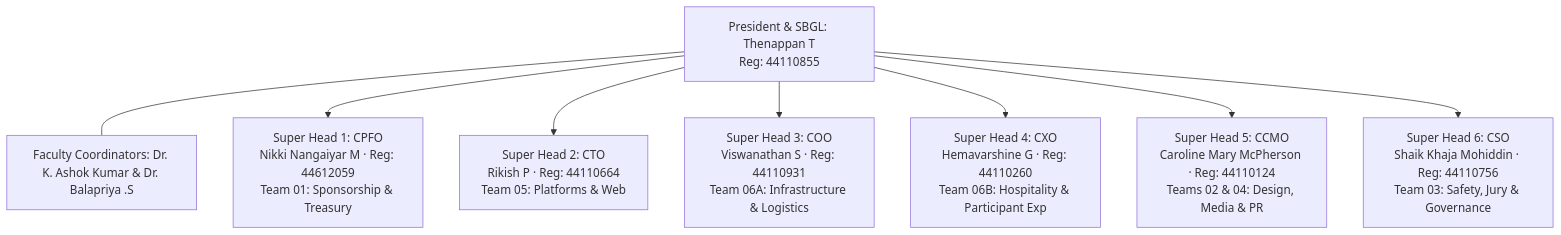
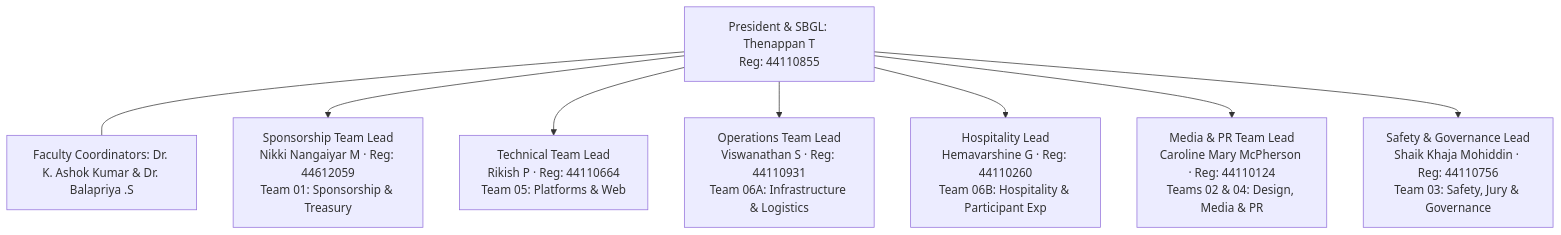
Before and after one commit to MasterZ1311/Kairos: the first of 3 diagrams in teams/README.md, drawn with Mermaid. The commit also changed other lines of this file and 48 other files, not shown here.

Commit message:
refactor(roles): replace C-suite acronyms and Super Head titles with real names and team lead roles

````diff
--- a/teams/README.md
+++ b/teams/README.md
@@ -23,11 +23,11 @@
 ```mermaid
 graph TD
     PRES[President & SBGL: Thenappan T<br/>Reg: 44110855] --- FAC[Faculty Coordinators: Dr. K. Ashok Kumar & Dr. Balapriya .S]
     
-    PRES --> SH1[Super Head 1: CPFO<br/>Nikki Nangaiyar M · Reg: 44612059<br/>Team 01: Sponsorship & Treasury]
-    PRES --> SH2[Super Head 2: CTO<br/>Rikish P · Reg: 44110664<br/>Team 05: Platforms & Web]
-    PRES --> SH3[Super Head 3: COO<br/>Viswanathan S · Reg: 44110931<br/>Team 06A: Infrastructure & Logistics]
-    PRES --> SH4[Super Head 4: CXO<br/>Hemavarshine G · Reg: 44110260<br/>Team 06B: Hospitality & Participant Exp]
-    PRES --> SH5[Super Head 5: CCMO<br/>Caroline Mary McPherson · Reg: 44110124<br/>Teams 02 & 04: Design, Media & PR]
-    PRES --> SH6[Super Head 6: CSO<br/>Shaik Khaja Mohiddin · Reg: 44110756<br/>Team 03: Safety, Jury & Governance]
+    PRES --> SH1[Sponsorship Team Lead<br/>Nikki Nangaiyar M · Reg: 44612059<br/>Team 01: Sponsorship & Treasury]
+    PRES --> SH2[Technical Team Lead<br/>Rikish P · Reg: 44110664<br/>Team 05: Platforms & Web]
+    PRES --> SH3[Operations Team Lead<br/>Viswanathan S · Reg: 44110931<br/>Team 06A: Infrastructure & Logistics]
+    PRES --> SH4[Hospitality Lead<br/>Hemavarshine G · Reg: 44110260<br/>Team 06B: Hospitality & Participant Exp]
+    PRES --> SH5[Media & PR Team Lead<br/>Caroline Mary McPherson · Reg: 44110124<br/>Teams 02 & 04: Design, Media & PR]
+    PRES --> SH6[Safety & Governance Lead<br/>Shaik Khaja Mohiddin · Reg: 44110756<br/>Team 03: Safety, Jury & Governance]
 ```
````
